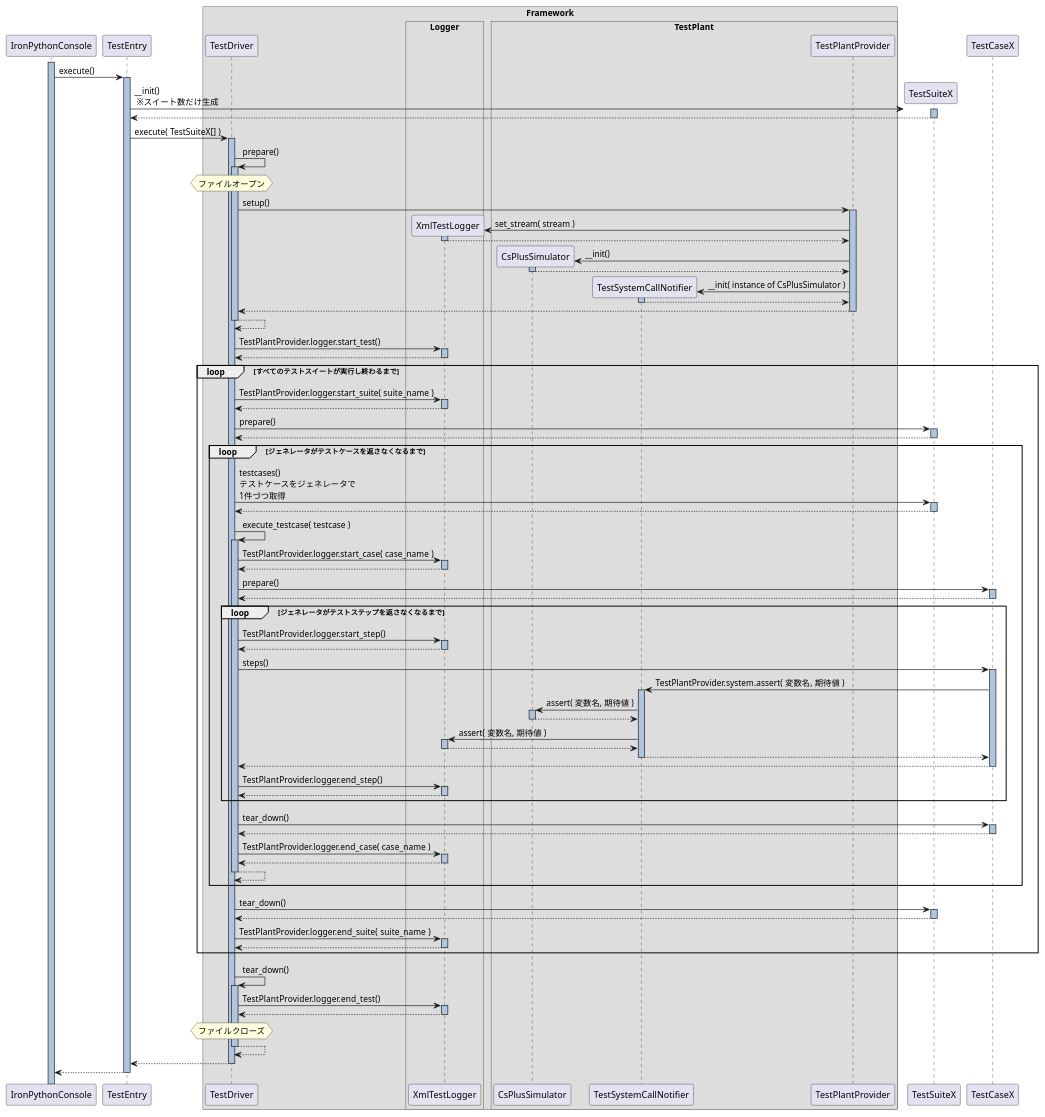
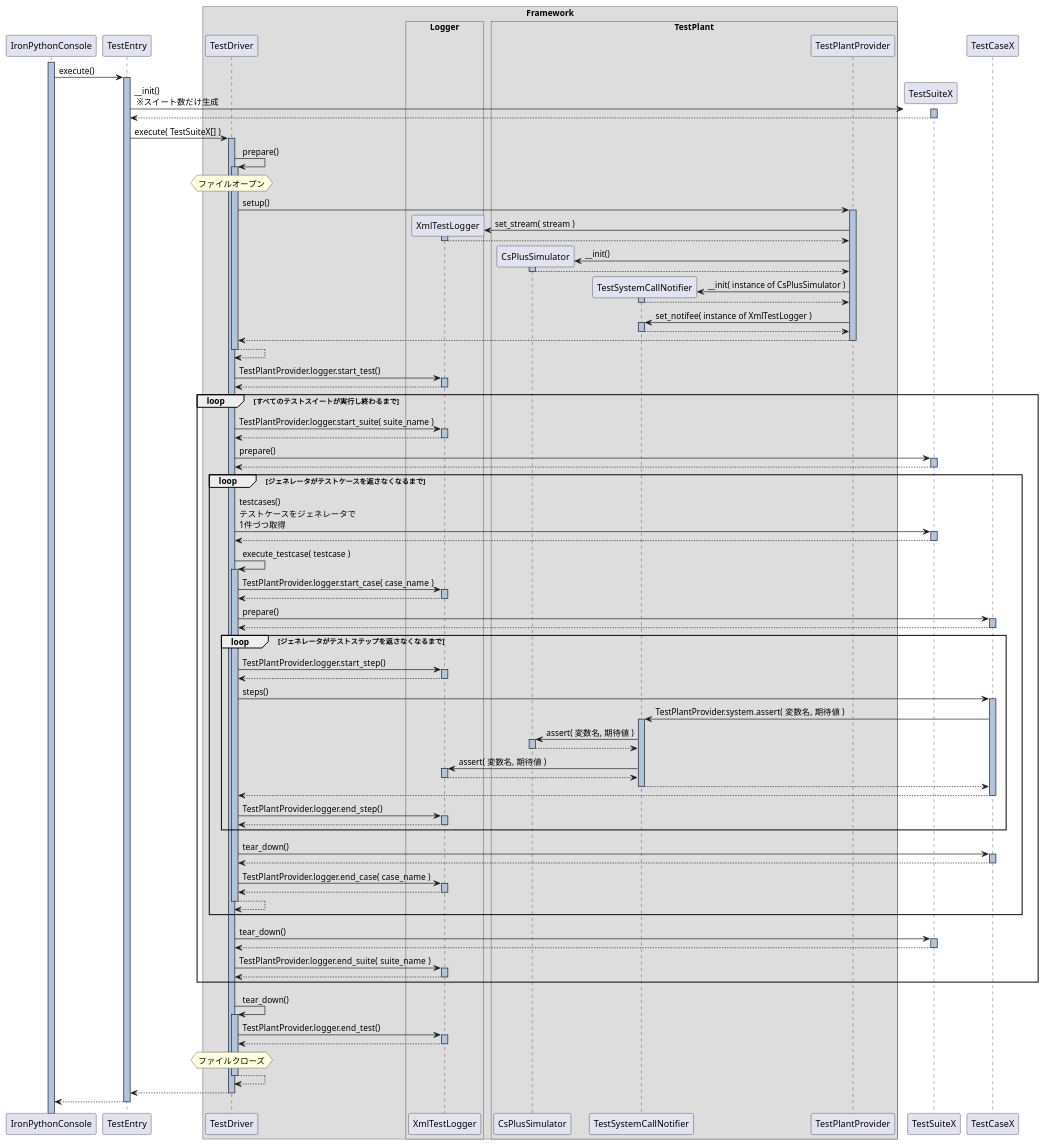
The fourth of 4 diagrams in docs/design.md (shiftdownet/itestpf), drawn with PlantUML before and after one commit. The commit also changed 1 other file, not shown here.

```diff
--- a/docs/design.md
+++ b/docs/design.md
@@ -198,6 +198,9 @@
                 create TestSystemCallNotifier
                 TestPlantProvider -> TestSystemCallNotifier  :  __init( instance of CsPlusSimulator )
                 return
+                TestPlantProvider -> TestSystemCallNotifier  :  set_notifee( instance of XmlTestLogger )
+                return
+
             return
         return
 
```
